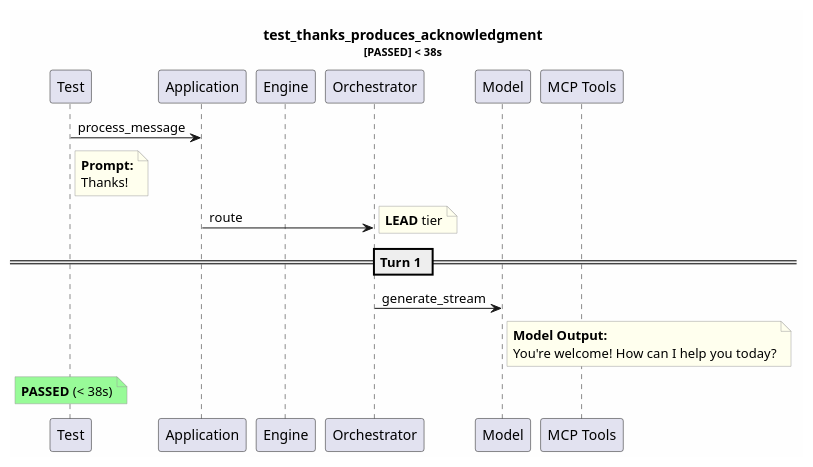
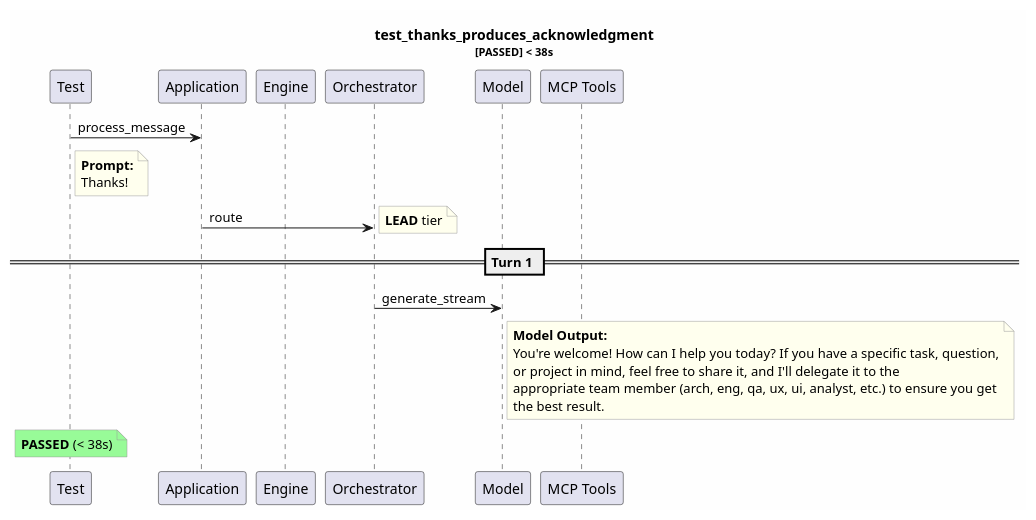
Before and after one commit to tvanfossen/entropic: the diagram in test-reports/logs/test_thanks_produces_acknowledgment/test_thanks_produces_acknowledgment.puml, drawn with PlantUML. The commit also changed 38 other files, not shown here.

```diff
--- a/test-reports/logs/test_thanks_produces_acknowledgment/test_thanks_produces_acknowledgment.puml
+++ b/test-reports/logs/test_thanks_produces_acknowledgment/test_thanks_produces_acknowledgment.puml
@@ -1,31 +1,34 @@
 @startuml
 skinparam backgroundColor #FEFEFE
 skinparam noteBorderColor #999999
 skinparam noteBackgroundColor #FFFFEE
 title test_thanks_produces_acknowledgment\n<size:11>[PASSED] < 38s</size>
 
 participant "Test" as T
 participant "Application" as App
 participant "Engine" as Eng
 participant "Orchestrator" as Orch
 participant "Model" as Mdl
 participant "MCP Tools" as MCP
 
 T -> App: process_message
 note right of T
   **Prompt:**
   Thanks!
 end note
 App -> Orch: route
 note right: **LEAD** tier
 == Turn 1 ==
 Orch -> Mdl: generate_stream
 note right of Mdl
   **Model Output:**
-  You're welcome! How can I help you today?
+  You're welcome! How can I help you today? If you have a specific task, question,
+  or project in mind, feel free to share it, and I'll delegate it to the 
+  appropriate team member (arch, eng, qa, ux, ui, analyst, etc.) to ensure you get
+  the best result.
 end note
 note over T #palegreen
   **PASSED** (< 38s)
 end note
 
 @enduml
```
